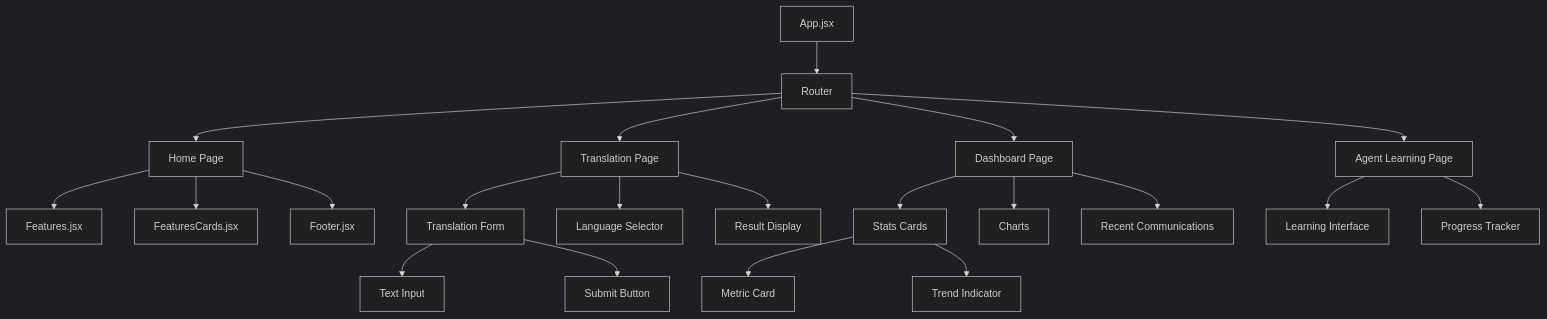
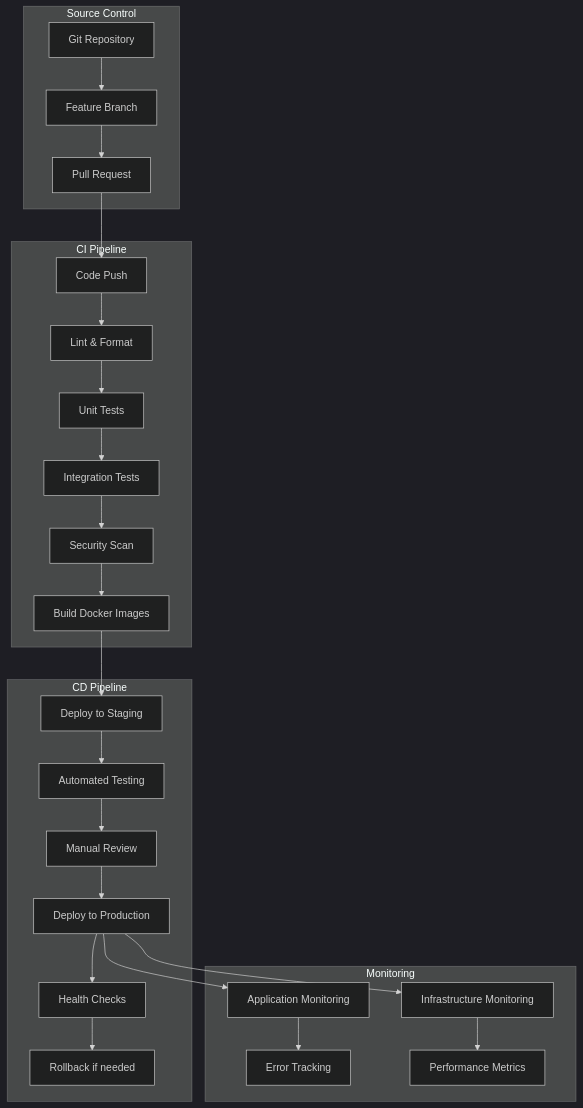
One commit to vvinayakkk/pccoe_hackathon changed the seventh of 7 diagrams in README.md. Above: the diagram before and after it, drawn with Mermaid (dark theme). The commit also changed other lines of this file, not shown here.

````diff
--- a/README.md
+++ b/README.md
@@ -463,29 +616,53 @@
 ```mermaid
 graph TD
-    A[App.jsx] --> B[Router]
-    B --> C[Home Page]
-    B --> D[Translation Page]
-    B --> E[Dashboard Page]
-    B --> F[Agent Learning Page]
+    subgraph "Source Control"
+        A[Git Repository]
+        B[Feature Branch]
+        C[Pull Request]
+    end
     
-    C --> C1[Features.jsx]
-    C --> C2[FeaturesCards.jsx]
-    C --> C3[Footer.jsx]
+    subgraph "CI Pipeline"
+        D[Code Push]
+        E[Lint & Format]
+        F[Unit Tests]
+        G[Integration Tests]
+        H[Security Scan]
+        I[Build Docker Images]
+    end
     
-    D --> D1[Translation Form]
-    D --> D2[Language Selector]
-    D --> D3[Result Display]
+    subgraph "CD Pipeline"
+        J[Deploy to Staging]
+        K[Automated Testing]
+        L[Manual Review]
+        M[Deploy to Production]
+        N[Health Checks]
+        O[Rollback if needed]
+    end
     
-    E --> E1[Stats Cards]
-    E --> E2[Charts]
-    E --> E3[Recent Communications]
+    subgraph "Monitoring"
+        P[Application Monitoring]
+        Q[Infrastructure Monitoring]
+        R[Error Tracking]
+        S[Performance Metrics]
+    end
     
-    F --> F1[Learning Interface]
-    F --> F2[Progress Tracker]
+    A --> B
+    B --> C
+    C --> D
+    D --> E
+    E --> F
+    F --> G
+    G --> H
+    H --> I
+    I --> J
+    J --> K
+    K --> L
+    L --> M
+    M --> N
+    N --> O
     
-    D1 --> D1a[Text Input]
-    D1 --> D1b[Submit Button]
-    
-    E1 --> E1a[Metric Card]
-    E1 --> E1b[Trend Indicator]
+    M --> P
+    M --> Q
+    P --> R
+    Q --> S
 ```
````
